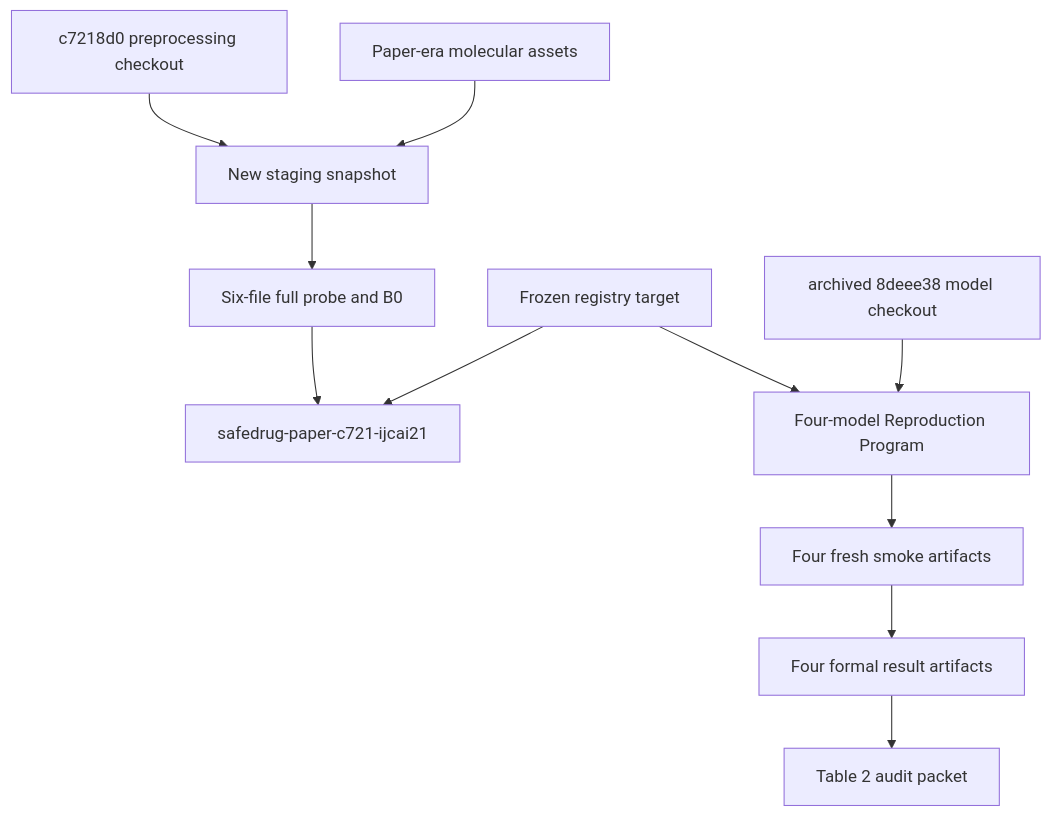
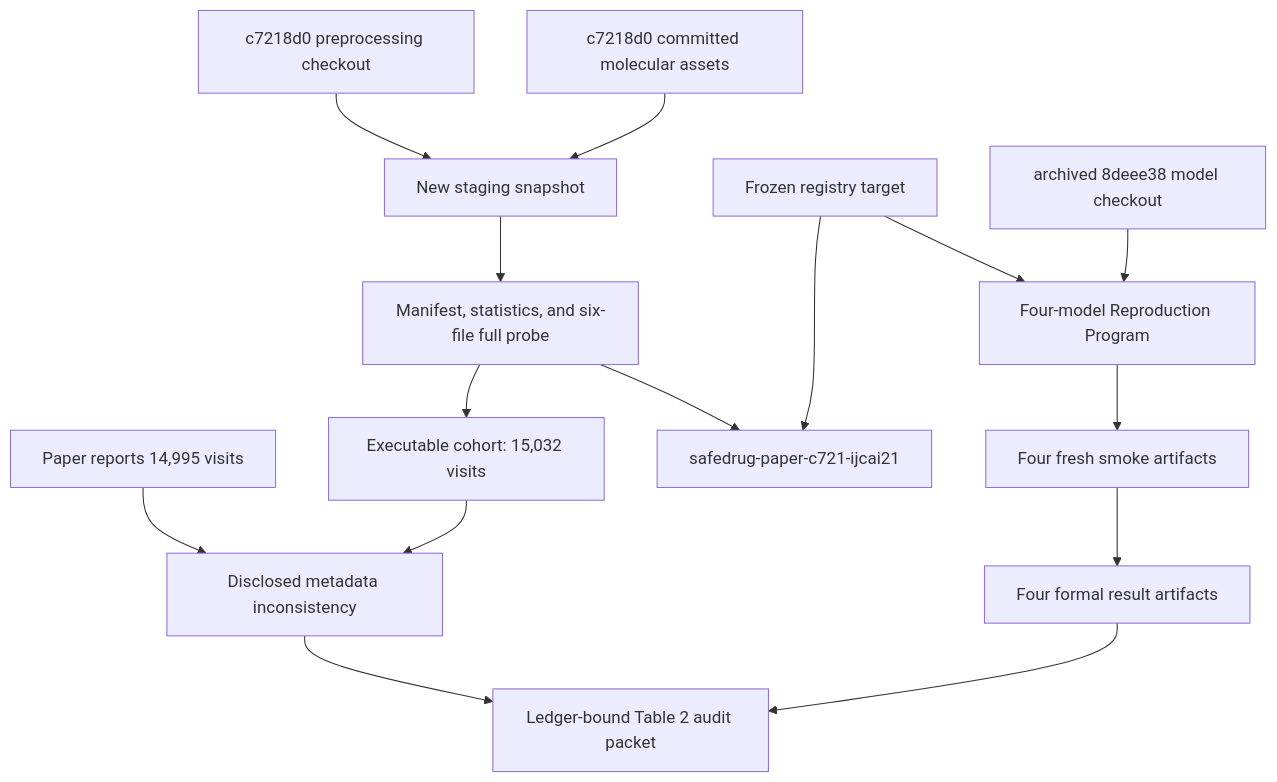
Before and after one commit to Aeonbrk/medrec-research: the first of 2 diagrams in docs/plans/2026-08-25-2140-feat-four-model-full-reproduction-plan.md, drawn with Mermaid. The commit also changed other lines of this file and 7 other files, not shown here.

Commit message:
feat(reproduction): establish 15032 executable visit authority with R17 metadata and R18 statistics checks

````diff
--- a/docs/plans/2026-08-25-2140-feat-four-model-full-reproduction-plan.md
+++ b/docs/plans/2026-08-25-2140-feat-four-model-full-reproduction-plan.md
@@ -188,13 +235,17 @@
 ```mermaid
 flowchart TB
   C[c7218d0 preprocessing checkout] --> S[New staging snapshot]
-  M[Paper-era molecular assets] --> S
-  S --> P[Six-file full probe and B0]
+  M[c7218d0 committed molecular assets] --> S
+  S --> P[Manifest, statistics, and six-file full probe]
+  R[Paper reports 14,995 visits] --> Q[Disclosed metadata inconsistency]
+  P --> E[Executable cohort: 15,032 visits]
+  E --> Q
   P --> D[safedrug-paper-c721-ijcai21]
   G[Frozen registry target] --> D
   A[archived 8deee38 model checkout] --> X[Four-model Reproduction Program]
   G --> X
   X --> SM[Four fresh smoke artifacts]
   SM --> FR[Four formal result artifacts]
-  FR --> T[Table 2 audit packet]
+  FR --> T[Ledger-bound Table 2 audit packet]
+  Q --> T
 ```
````
